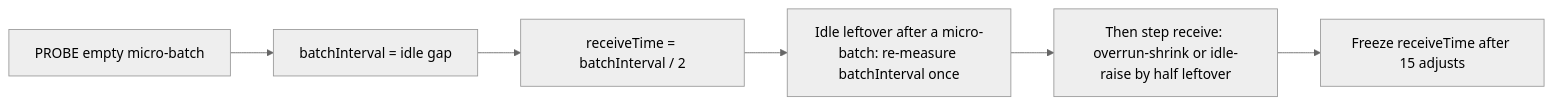
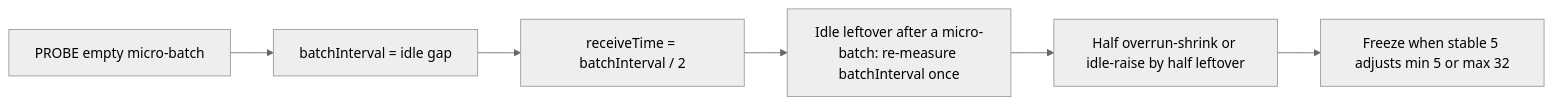
Before and after one commit to juarezr/spark-streaming-google-pubsub: the second of 2 diagrams in README.md, drawn with Mermaid (neutral theme). The commit also changed other lines of this file and 2 other files, not shown here.

Commit message:
fix: enhance AutoBatchTime logic for stable receiveTime adjustments with Interval-scaled receive/write margin

````diff
--- a/README.md
+++ b/README.md
@@ -209,10 +209,10 @@
 ```mermaid
 flowchart LR
   probe[PROBE empty micro-batch]
   seed[batchInterval = idle gap]
   half[receiveTime = batchInterval / 2]
   idleRaise[Idle leftover after a micro-batch: re-measure batchInterval once]
-  adjust[Then step receive: overrun-shrink or idle-raise by half leftover]
-  freeze[Freeze receiveTime after 15 adjusts]
+  adjust[Half overrun-shrink or idle-raise by half leftover]
+  freeze[Freeze when stable 5 adjusts min 5 or max 32]
   probe --> seed --> half --> idleRaise --> adjust --> freeze
 ```
````
